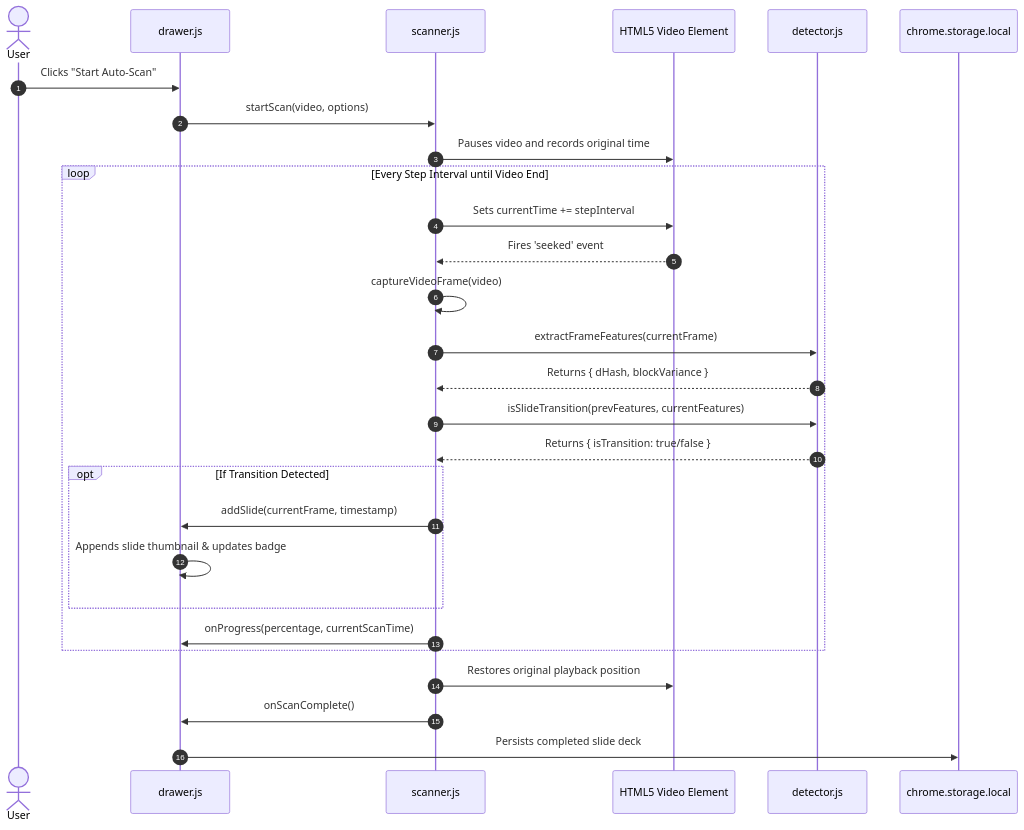
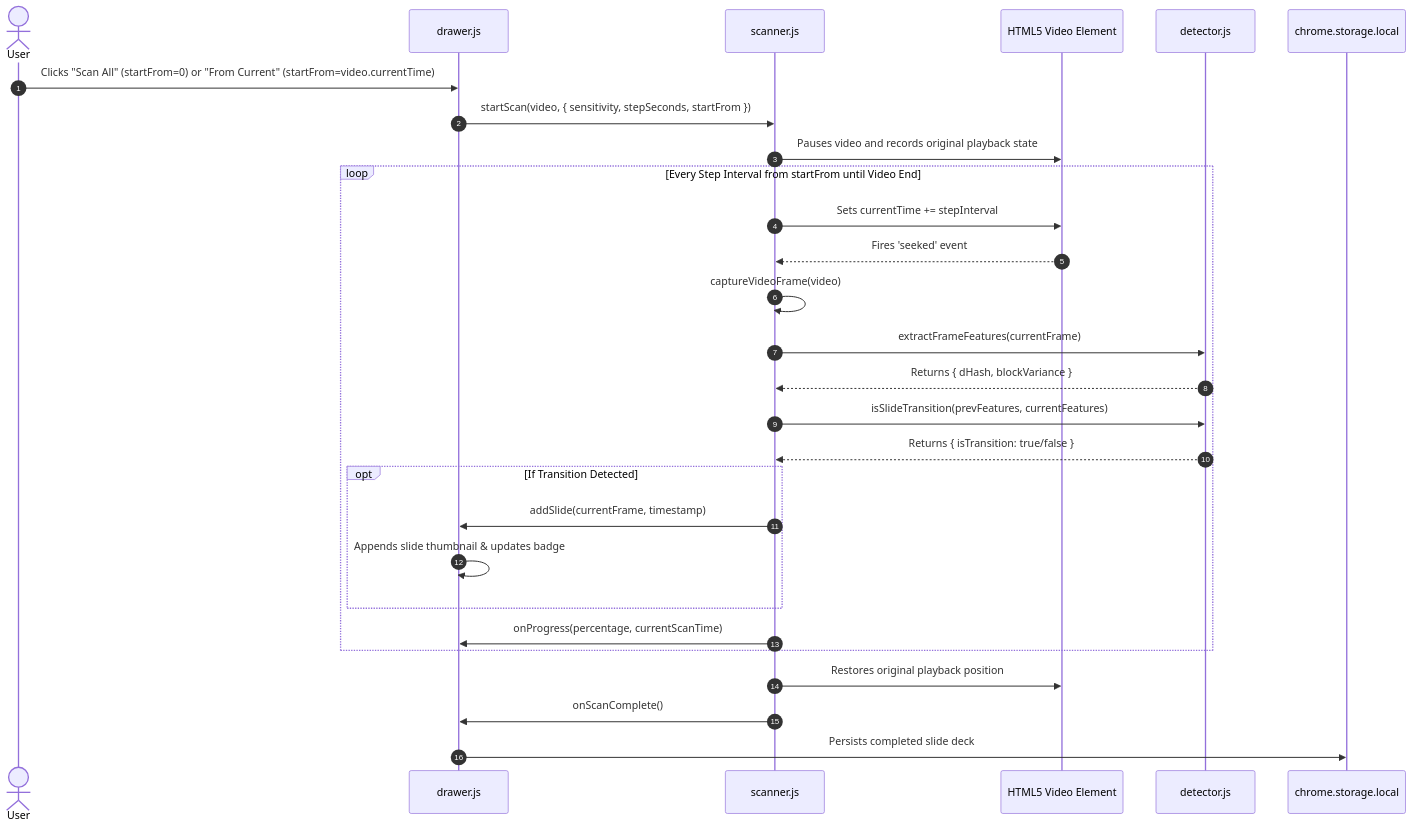
Before and after one commit to ashmitiscool/yt-to-pdf: the fourth of 5 diagrams in ARCHITECTURE.md, drawn with Mermaid. The commit also changed other lines of this file and 9 other files, not shown here.

Commit message:
feat: allow to do scan from current timestamp

````diff
--- a/ARCHITECTURE.md
+++ b/ARCHITECTURE.md
@@ -272,34 +275,34 @@
 ```mermaid
 sequenceDiagram
     autonumber
     actor User
     participant DRW as drawer.js
     participant SCN as scanner.js
     participant VID as HTML5 Video Element
     participant DET as detector.js
     participant STOR as chrome.storage.local
 
-    User->>DRW: Clicks "Start Auto-Scan"
-    DRW->>SCN: startScan(video, options)
-    SCN->>VID: Pauses video and records original time
+    User->>DRW: Clicks "Scan All" (startFrom=0) or "From Current" (startFrom=video.currentTime)
+    DRW->>SCN: startScan(video, { sensitivity, stepSeconds, startFrom })
+    SCN->>VID: Pauses video and records original playback state
     
-    loop Every Step Interval until Video End
+    loop Every Step Interval from startFrom until Video End
         SCN->>VID: Sets currentTime += stepInterval
         VID-->>SCN: Fires 'seeked' event
         SCN->>SCN: captureVideoFrame(video)
         SCN->>DET: extractFrameFeatures(currentFrame)
         DET-->>SCN: Returns { dHash, blockVariance }
         SCN->>DET: isSlideTransition(prevFeatures, currentFeatures)
         DET-->>SCN: Returns { isTransition: true/false }
         
         opt If Transition Detected
             SCN->>DRW: addSlide(currentFrame, timestamp)
             DRW->>DRW: Appends slide thumbnail & updates badge
         end
         SCN->>DRW: onProgress(percentage, currentScanTime)
     end
 
     SCN->>VID: Restores original playback position
     SCN->>DRW: onScanComplete()
     DRW->>STOR: Persists completed slide deck
 ```
````
